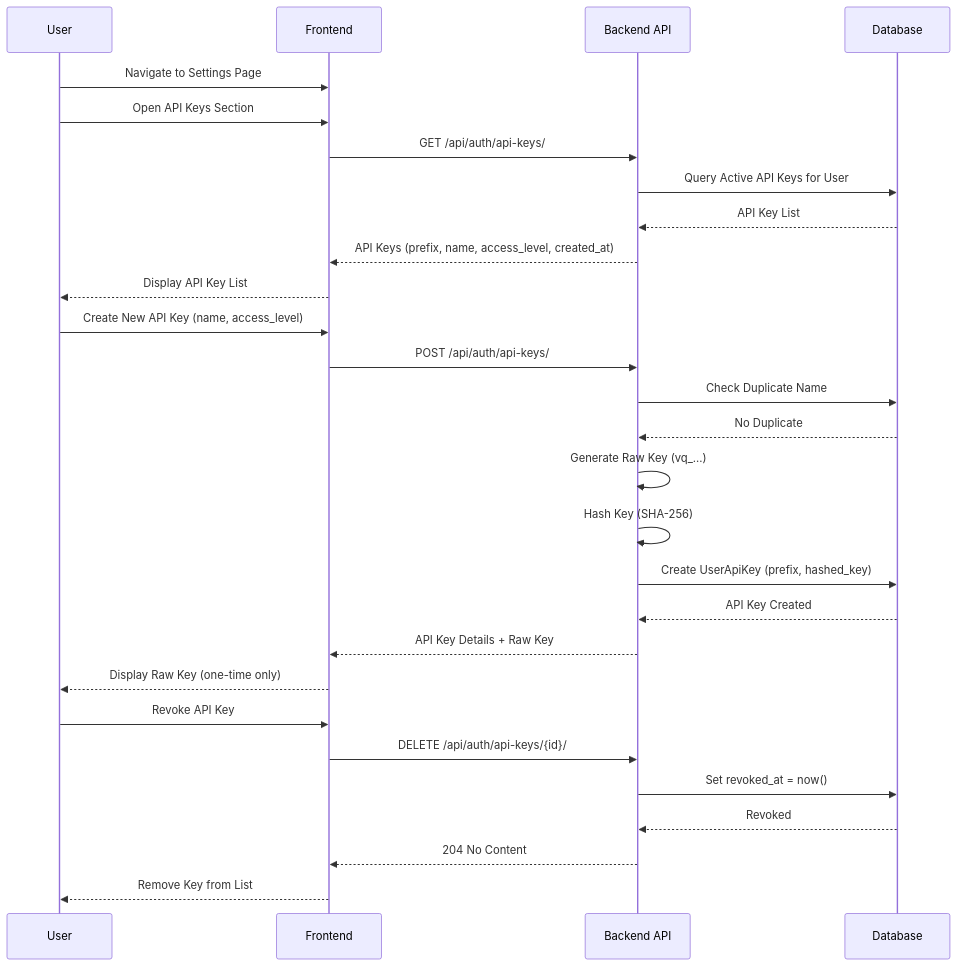
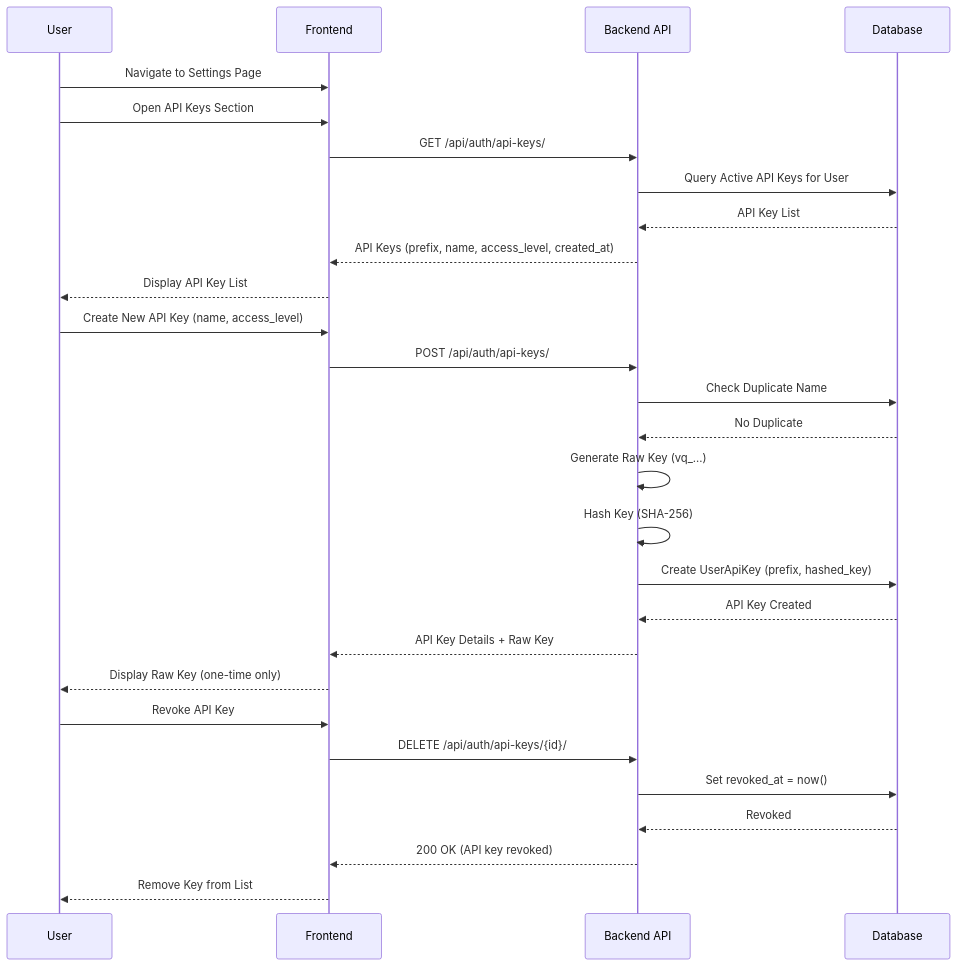
The ninth of 11 diagrams in docs/design/sequence-diagram.md (yukiharada1228/videoq), drawn with Mermaid before and after one commit. The commit also changed other lines of this file and 5 other files, not shown here.

Commit message:
docs: align diagrams with current API behavior

````diff
--- a/docs/design/sequence-diagram.md
+++ b/docs/design/sequence-diagram.md
@@ -327,37 +327,37 @@
 ```mermaid
 sequenceDiagram
     participant User as User
     participant Frontend as Frontend
     participant Backend as Backend API
     participant DB as Database
 
     User->>Frontend: Navigate to Settings Page
     User->>Frontend: Open API Keys Section
 
     %% List API Keys
     Frontend->>Backend: GET /api/auth/api-keys/
     Backend->>DB: Query Active API Keys for User
     DB-->>Backend: API Key List
     Backend-->>Frontend: API Keys (prefix, name, access_level, created_at)
     Frontend-->>User: Display API Key List
 
     %% Create API Key
     User->>Frontend: Create New API Key (name, access_level)
     Frontend->>Backend: POST /api/auth/api-keys/
     Backend->>DB: Check Duplicate Name
     DB-->>Backend: No Duplicate
     Backend->>Backend: Generate Raw Key (vq_...)
     Backend->>Backend: Hash Key (SHA-256)
     Backend->>DB: Create UserApiKey (prefix, hashed_key)
     DB-->>Backend: API Key Created
     Backend-->>Frontend: API Key Details + Raw Key
     Frontend-->>User: Display Raw Key (one-time only)
 
     %% Revoke API Key
     User->>Frontend: Revoke API Key
     Frontend->>Backend: DELETE /api/auth/api-keys/{id}/
     Backend->>DB: Set revoked_at = now()
     DB-->>Backend: Revoked
-    Backend-->>Frontend: 204 No Content
+    Backend-->>Frontend: 200 OK (API key revoked)
     Frontend-->>User: Remove Key from List
 ```
````
